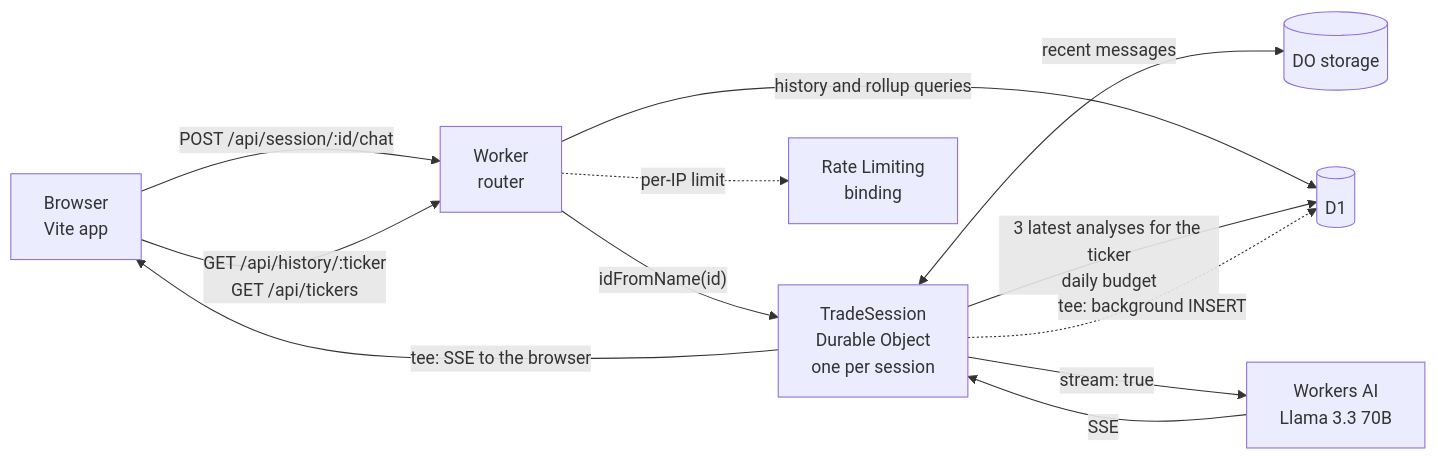
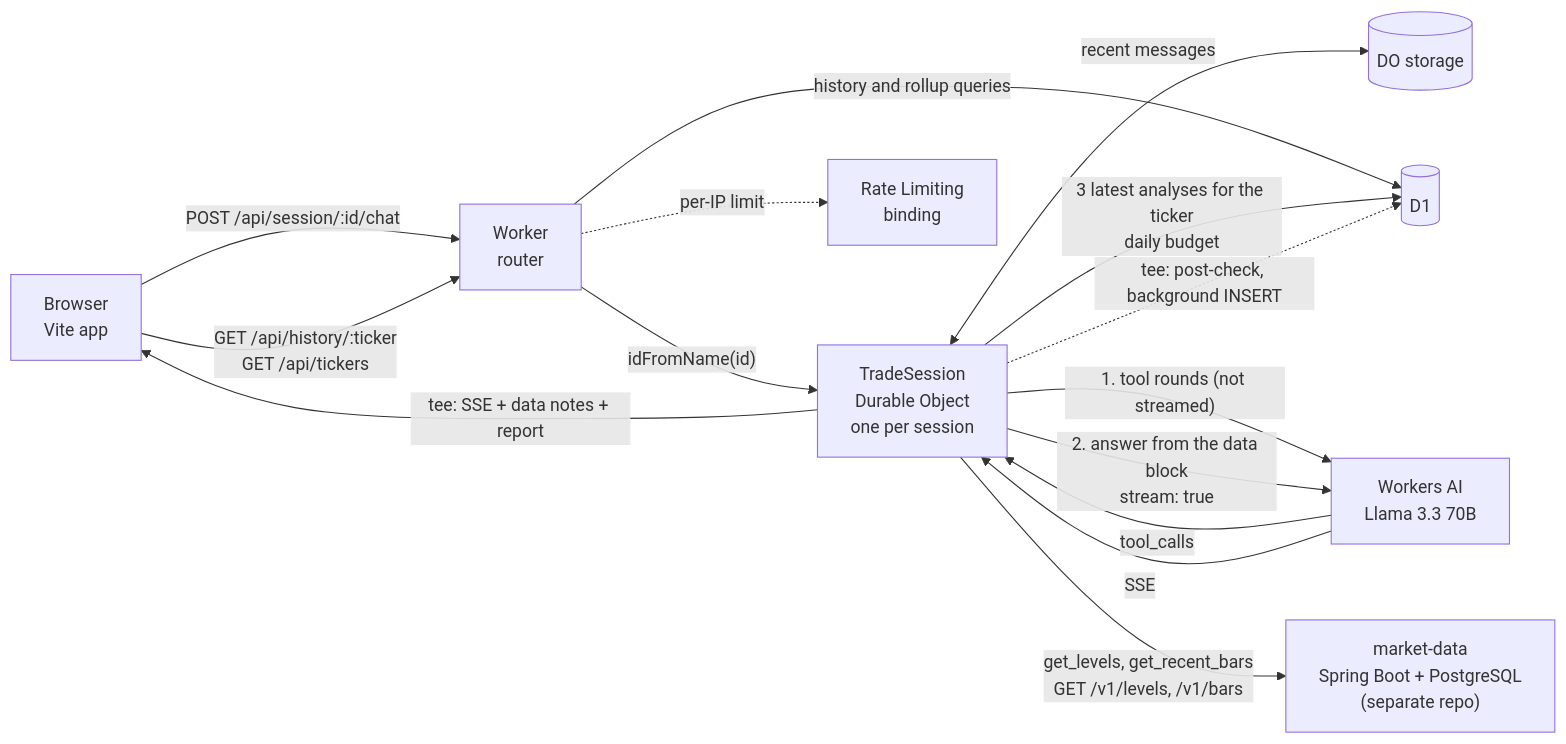
The diagram in README.md (lokaz-c/cf_ai_tradedesk), drawn with Mermaid before and after one commit. The commit also changed other lines of this file and 1 other file, not shown here.

Commit message:
README: grounding design, post-check, synthetic data, config, tests

````diff
--- a/README.md
+++ b/README.md
@@ -13,14 +15,17 @@
 ```mermaid
 flowchart LR
     B["Browser<br>Vite app"] -->|"POST /api/session/:id/chat"| W["Worker<br>router"]
     B -->|"GET /api/history/:ticker<br>GET /api/tickers"| W
     W -->|"idFromName(id)"| DO["TradeSession<br>Durable Object<br>one per session"]
     W -->|"history and rollup queries"| D1[("D1")]
     W -.->|"per-IP limit"| RL["Rate Limiting<br>binding"]
     DO <-->|"recent messages"| S[("DO storage")]
     DO -->|"3 latest analyses for the ticker<br>daily budget"| D1
-    DO -->|"stream: true"| AI["Workers AI<br>Llama 3.3 70B"]
+    DO -->|"1. tool rounds (not streamed)"| AI["Workers AI<br>Llama 3.3 70B"]
+    AI -->|"tool_calls"| DO
+    DO -->|"get_levels, get_recent_bars<br>GET /v1/levels, /v1/bars"| MD["market-data<br>Spring Boot + PostgreSQL<br>(separate repo)"]
+    DO -->|"2. answer from the data block<br>stream: true"| AI
     AI -->|"SSE"| DO
-    DO -->|"tee: SSE to the browser"| B
-    DO -.->|"tee: background INSERT"| D1
+    DO -->|"tee: SSE + data notes + report"| B
+    DO -.->|"tee: post-check, background INSERT"| D1
 ```
````
